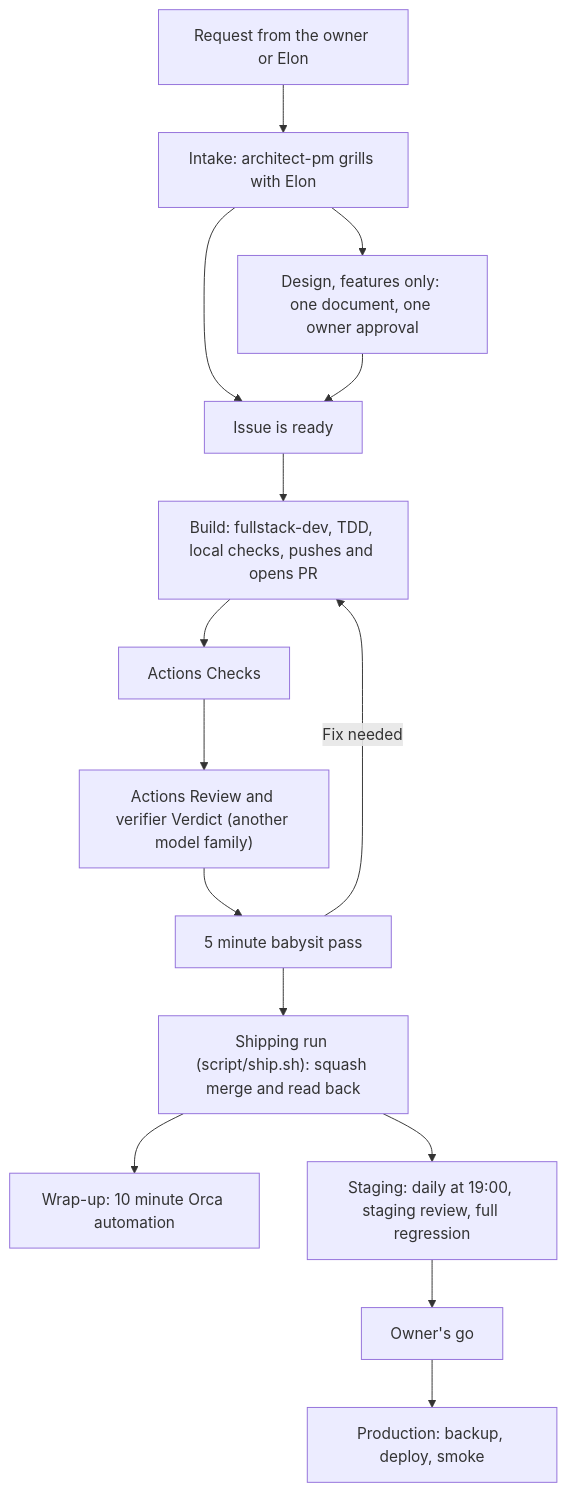
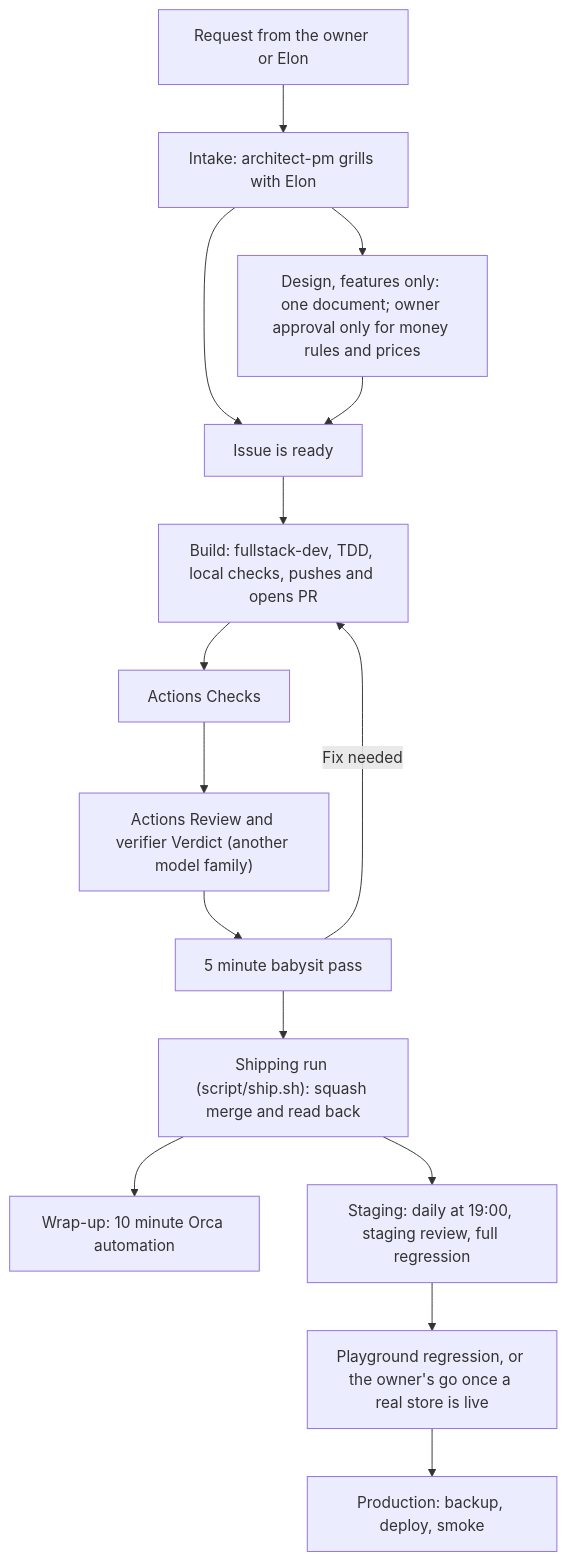
Before and after one commit to mingster/dotfiles: the diagram in docs/agents/team-reference.md, drawn with Mermaid. The commit also changed other lines of this file and 42 other files, not shown here.

````diff
--- a/docs/agents/team-reference.md
+++ b/docs/agents/team-reference.md
@@ -42,15 +42,15 @@
 ```mermaid
 flowchart TD
     Req["Request from the owner or Elon"] --> Intake["Intake: architect-pm grills with Elon"]
-    Intake --> Design["Design, features only: one document, one owner approval"]
+    Intake --> Design["Design, features only: one document; owner approval only for money rules and prices"]
     Intake & Design --> Ready["Issue is ready"]
     Ready --> Build["Build: fullstack-dev, TDD, local checks, pushes and opens PR"]
     Build --> Checks["Actions Checks"]
     Checks --> Review["Actions Review and verifier Verdict (another model family)"]
     Review --> Babysit["5 minute babysit pass"]
     Babysit -->|"Fix needed"| Build
     Babysit --> Ship["Shipping run (script/ship.sh): squash merge and read back"]
     Ship --> Wrap["Wrap-up: 10 minute Orca automation"]
     Ship --> Staging["Staging: daily at 19:00, staging review, full regression"]
-    Staging --> Go["Owner's go"] --> Prod["Production: backup, deploy, smoke"]
+    Staging --> Go["Playground regression, or the owner's go once a real store is live"] --> Prod["Production: backup, deploy, smoke"]
 ```
````
